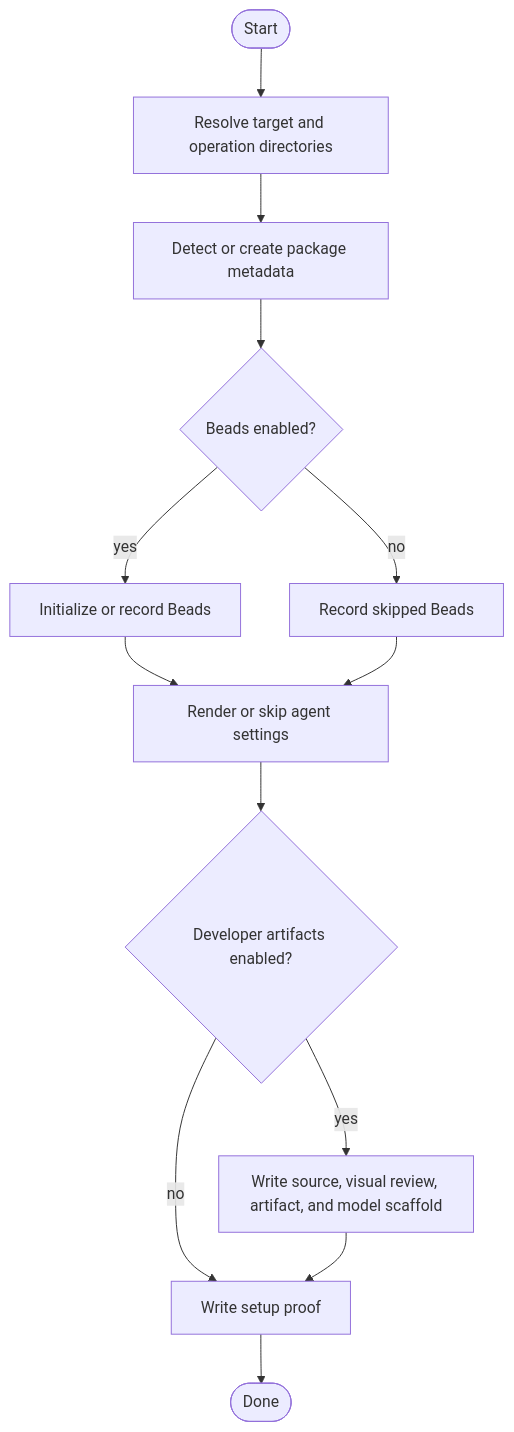
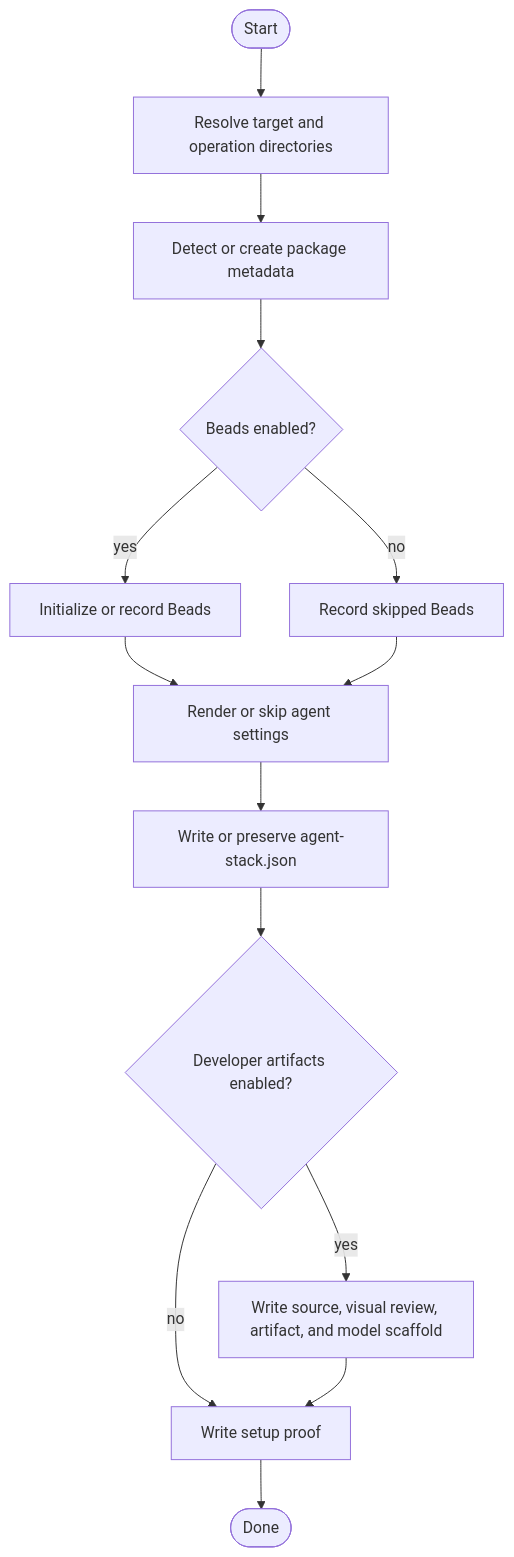
One commit to 45ck/skill-harness changed the diagram in docs/artifacts/source/models/sh-activity-setup-project.md. Above: the diagram before and after it, drawn with Mermaid. The commit also changed other lines of this file and 39 other files, not shown here.

````diff
--- a/docs/artifacts/source/models/sh-activity-setup-project.md
+++ b/docs/artifacts/source/models/sh-activity-setup-project.md
@@ -39,15 +39,16 @@
 ```mermaid
 flowchart TD
   Start([Start]) --> Resolve["Resolve target and operation directories"]
   Resolve --> Package["Detect or create package metadata"]
   Package --> Beads{"Beads enabled?"}
   Beads -->|yes| InitBeads["Initialize or record Beads"]
   Beads -->|no| SkipBeads["Record skipped Beads"]
   InitBeads --> Agents
   SkipBeads --> Agents["Render or skip agent settings"]
-  Agents --> Artifacts{"Developer artifacts enabled?"}
+  Agents --> Stack["Write or preserve agent-stack.json"]
+  Stack --> Artifacts{"Developer artifacts enabled?"}
   Artifacts -->|yes| Scaffold["Write source, visual review, artifact, and model scaffold"]
   Artifacts -->|no| Proof["Write setup proof"]
   Scaffold --> Proof
   Proof --> End([Done])
 ```
````
